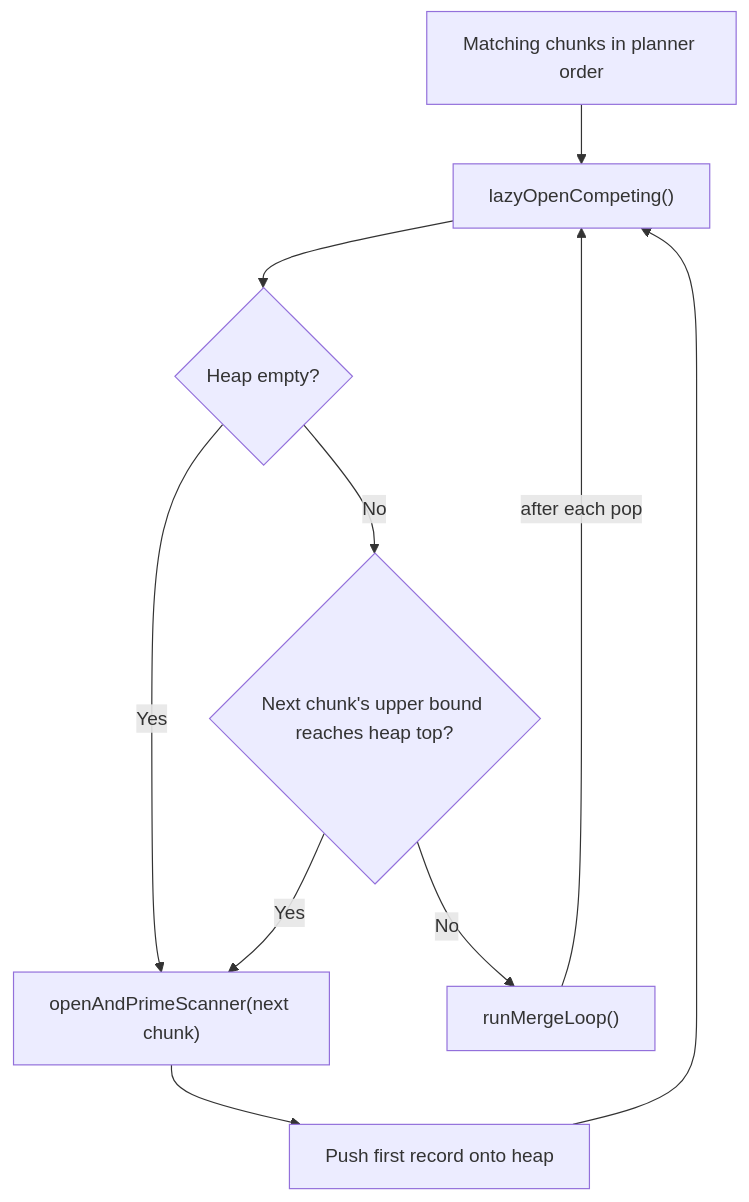
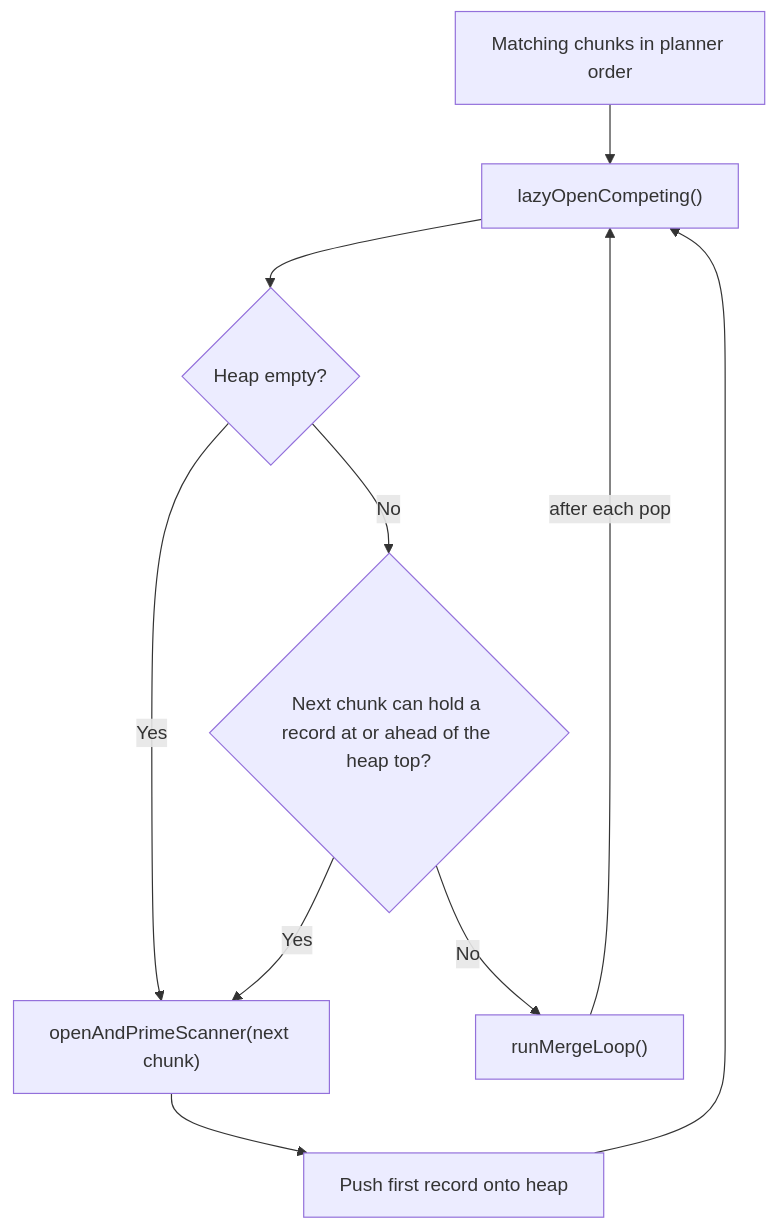
One commit to kluzzebass/gastrolog changed the fourth of 10 diagrams in docs/query_execution.md. Above: the diagram before and after it, drawn with Mermaid. The commit also changed other lines of this file and 7 other files, not shown here.

````diff
--- a/docs/query_execution.md
+++ b/docs/query_execution.md
@@ -105,12 +105,12 @@
 ```mermaid
 flowchart TD
     AllChunks["Matching chunks in planner order"] --> Lazy["lazyOpenCompeting()"]
     Lazy --> HeapEmpty{"Heap empty?"}
     HeapEmpty -->|Yes| Open["openAndPrimeScanner(next chunk)"]
-    HeapEmpty -->|No| Overlap{"Next chunk's upper bound reaches heap top?"}
+    HeapEmpty -->|No| Overlap{"Next chunk can hold a record at or ahead of the heap top?"}
     Overlap -->|Yes| Open
     Overlap -->|No| MergeLoop["runMergeLoop()"]
     Open --> Heap["Push first record onto heap"]
     Heap --> Lazy
     MergeLoop -->|"after each pop"| Lazy
 ```
````
